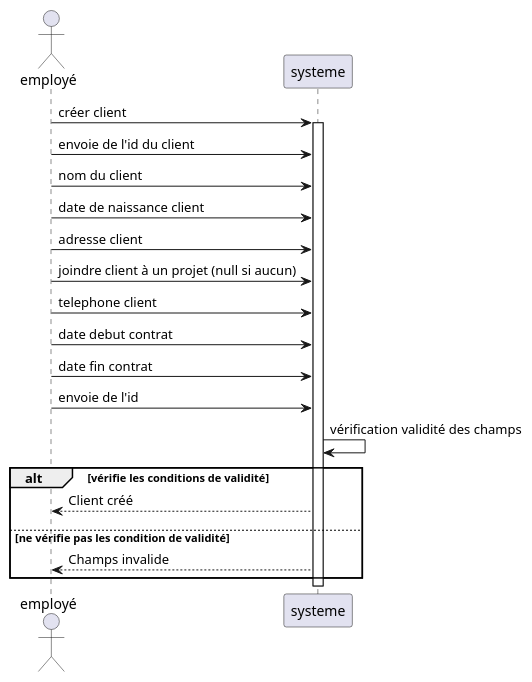
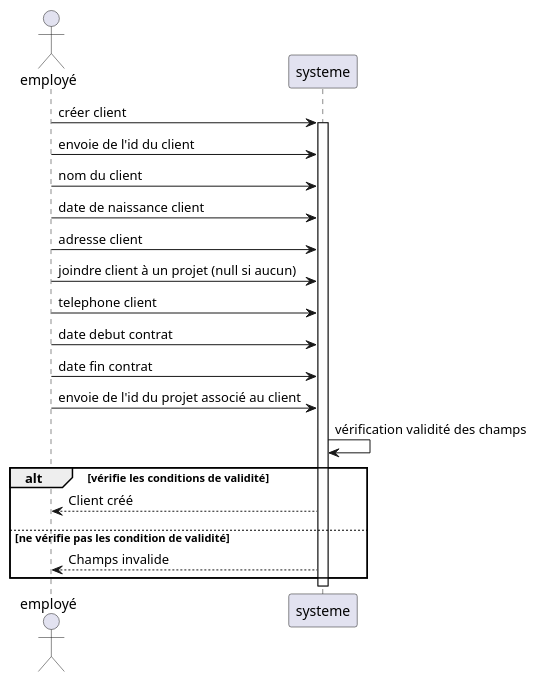
One commit to Xuxin2333/ptut-v1 changed the diagram in doc/Diagrammes_sequence/UC_creer_client.plantuml. Above: the diagram before and after it, drawn with PlantUML.

Commit message:
plus de détails pour différencier les 2 IDs

```diff
--- a/doc/Diagrammes_sequence/UC_creer_client.plantuml
+++ b/doc/Diagrammes_sequence/UC_creer_client.plantuml
@@ -1,29 +1,29 @@
 @startuml
 ' diagramme de séquences systeme pour use case "créer client"
 
 actor employé
 
 employé -> systeme : créer client
 
 activate systeme
 
 employé -> systeme : envoie de l'id du client
 employé -> systeme : nom du client
 employé -> systeme : date de naissance client
 employé -> systeme : adresse client
 employé -> systeme : joindre client à un projet (null si aucun)
 employé -> systeme : telephone client
 employé -> systeme : date debut contrat
 employé -> systeme : date fin contrat
-employé -> systeme : envoie de l'id
+employé -> systeme : envoie de l'id du projet associé au client 
 
 systeme -> systeme : vérification validité des champs
 
 alt vérifie les conditions de validité
 systeme --> employé : Client créé
 ||10||
 else ne vérifie pas les condition de validité 
 systeme --> employé : Champs invalide
 end
 
 @enduml
```
